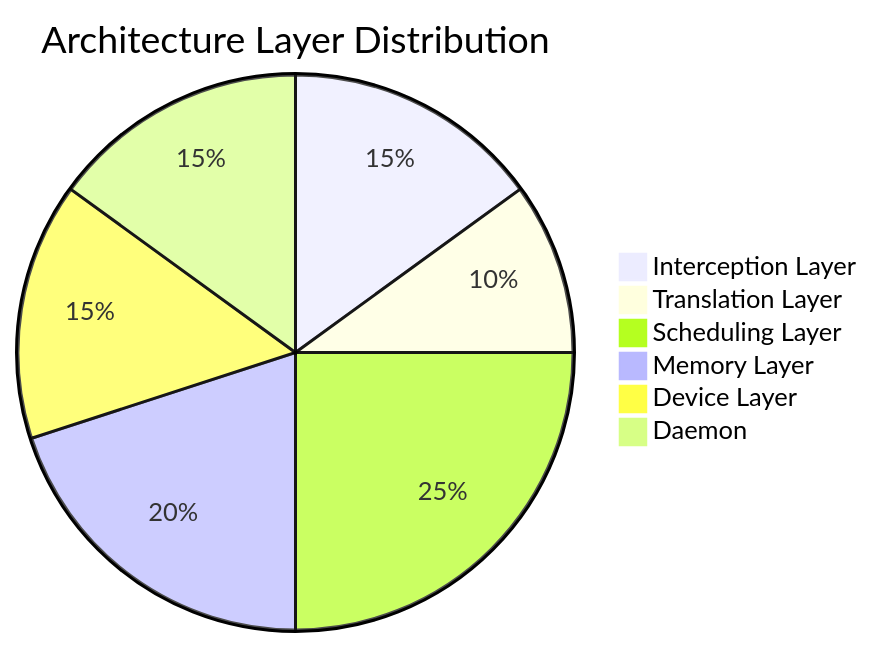
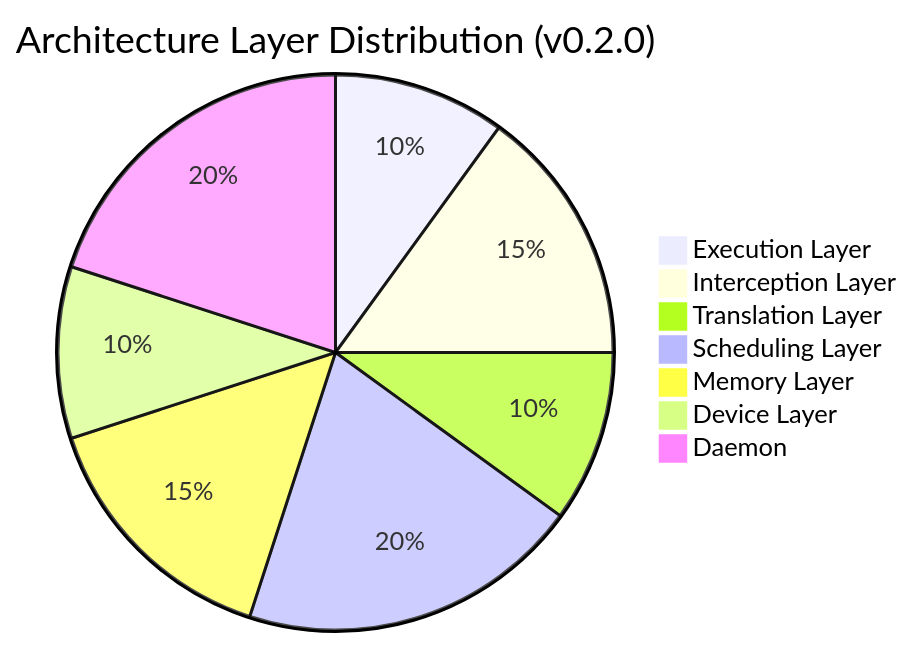
The second of 4 diagrams in README.md (TheCreateGM/mvgal), drawn with Mermaid before and after one commit. The commit also changed other lines of this file and 16 other files, not shown here.

````diff
--- a/README.md
+++ b/README.md
@@ -174,10 +204,11 @@
 ```mermaid
 pie
-    title Architecture Layer Distribution
+    title Architecture Layer Distribution (v0.2.0)
+    "Execution Layer" : 10
     "Interception Layer" : 15
     "Translation Layer" : 10
-    "Scheduling Layer" : 25
-    "Memory Layer" : 20
-    "Device Layer" : 15
-    "Daemon" : 15
+    "Scheduling Layer" : 20
+    "Memory Layer" : 15
+    "Device Layer" : 10
+    "Daemon" : 20
 ```
````
